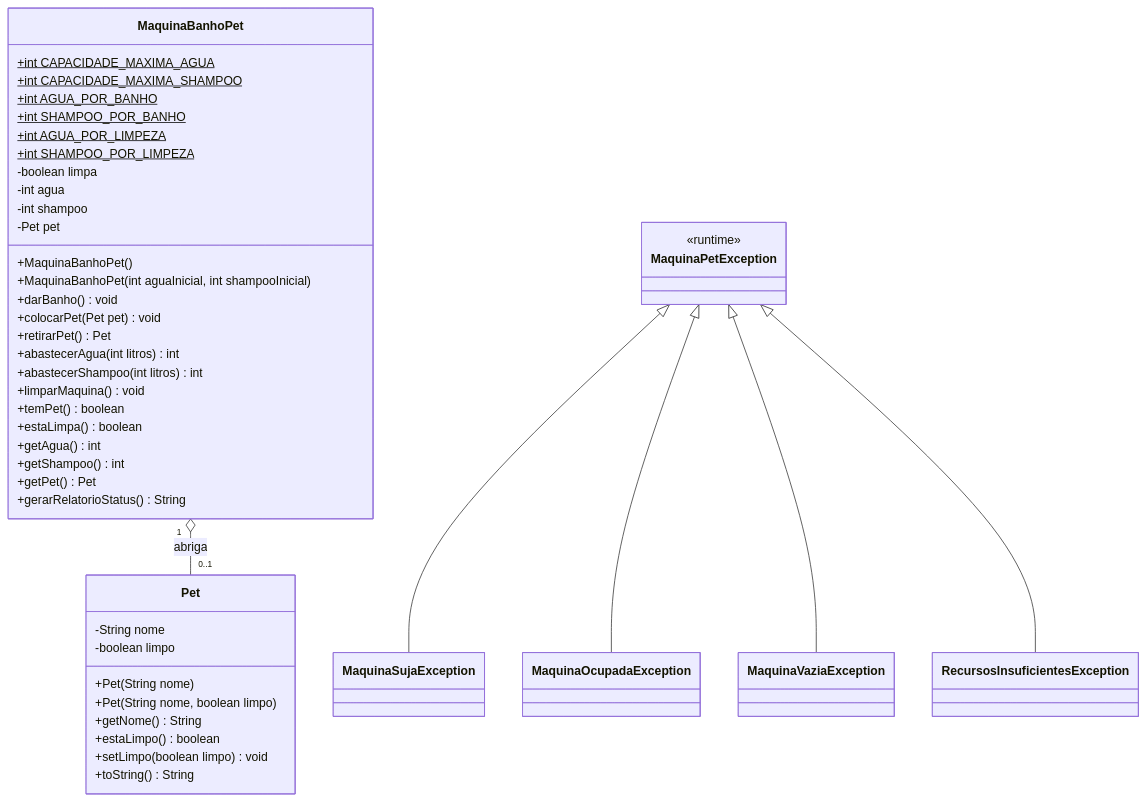
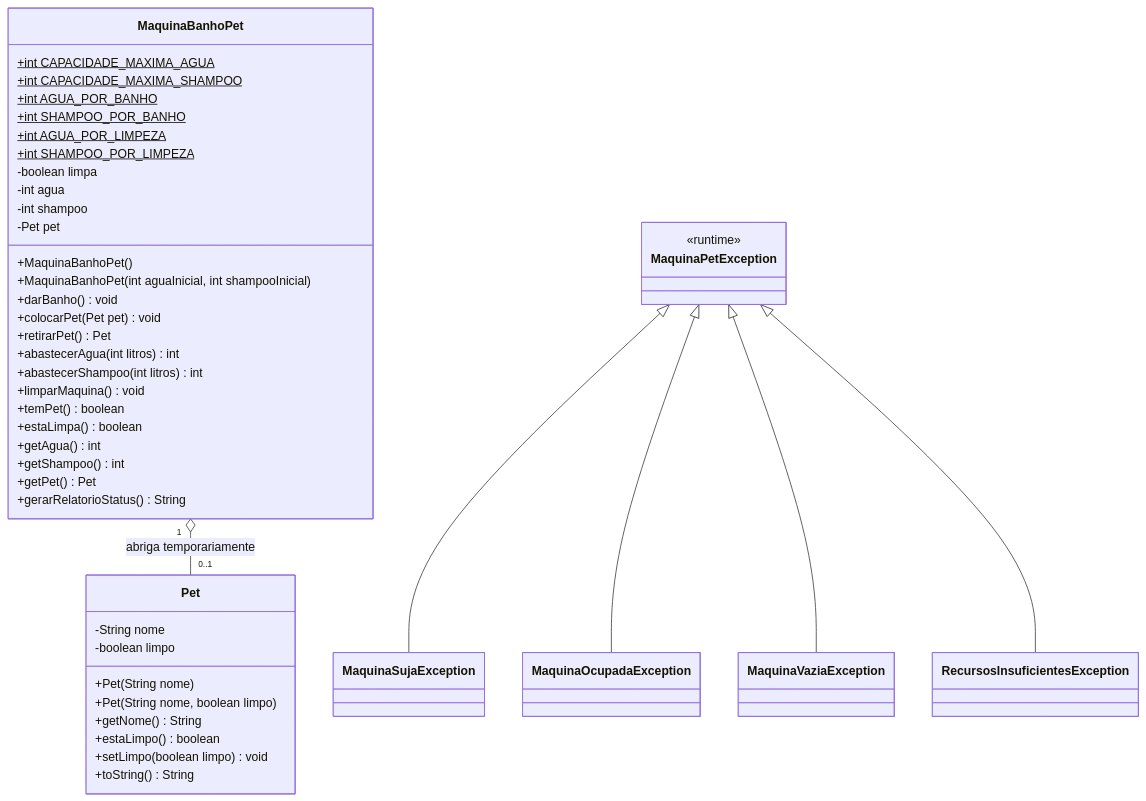
Before and after one commit to rngolima/pet-machine-simulator: the diagram in README.md, drawn with Mermaid. The commit also changed other lines of this file and 2 other files, not shown here.

Commit message:
docs/governance: padronizar projeto com regras absolutas, code review ECC e explicacao de mundo real nos diagramas

````diff
--- a/README.md
+++ b/README.md
@@ -40,56 +40,56 @@
 ```mermaid
 classDiagram
     class Pet {
         -String nome
         -boolean limpo
         +Pet(String nome)
         +Pet(String nome, boolean limpo)
         +getNome() String
         +estaLimpo() boolean
         +setLimpo(boolean limpo) void
         +toString() String
     }
 
     class MaquinaBanhoPet {
         +int CAPACIDADE_MAXIMA_AGUA$
         +int CAPACIDADE_MAXIMA_SHAMPOO$
         +int AGUA_POR_BANHO$
         +int SHAMPOO_POR_BANHO$
         +int AGUA_POR_LIMPEZA$
         +int SHAMPOO_POR_LIMPEZA$
         -boolean limpa
         -int agua
         -int shampoo
         -Pet pet
         +MaquinaBanhoPet()
         +MaquinaBanhoPet(int aguaInicial, int shampooInicial)
         +darBanho() void
         +colocarPet(Pet pet) void
         +retirarPet() Pet
         +abastecerAgua(int litros) int
         +abastecerShampoo(int litros) int
         +limparMaquina() void
         +temPet() boolean
         +estaLimpa() boolean
         +getAgua() int
         +getShampoo() int
         +getPet() Pet
         +gerarRelatorioStatus() String
     }
 
     class MaquinaPetException {
         <<runtime>>
     }
 
     class MaquinaSujaException
     class MaquinaOcupadaException
     class MaquinaVaziaException
     class RecursosInsuficientesException
 
     MaquinaPetException <|-- MaquinaSujaException
     MaquinaPetException <|-- MaquinaOcupadaException
     MaquinaPetException <|-- MaquinaVaziaException
     MaquinaPetException <|-- RecursosInsuficientesException
 
-    MaquinaBanhoPet "1" o-- "0..1" Pet : abriga
+    MaquinaBanhoPet "1" o-- "0..1" Pet : abriga temporariamente
 ```
````
